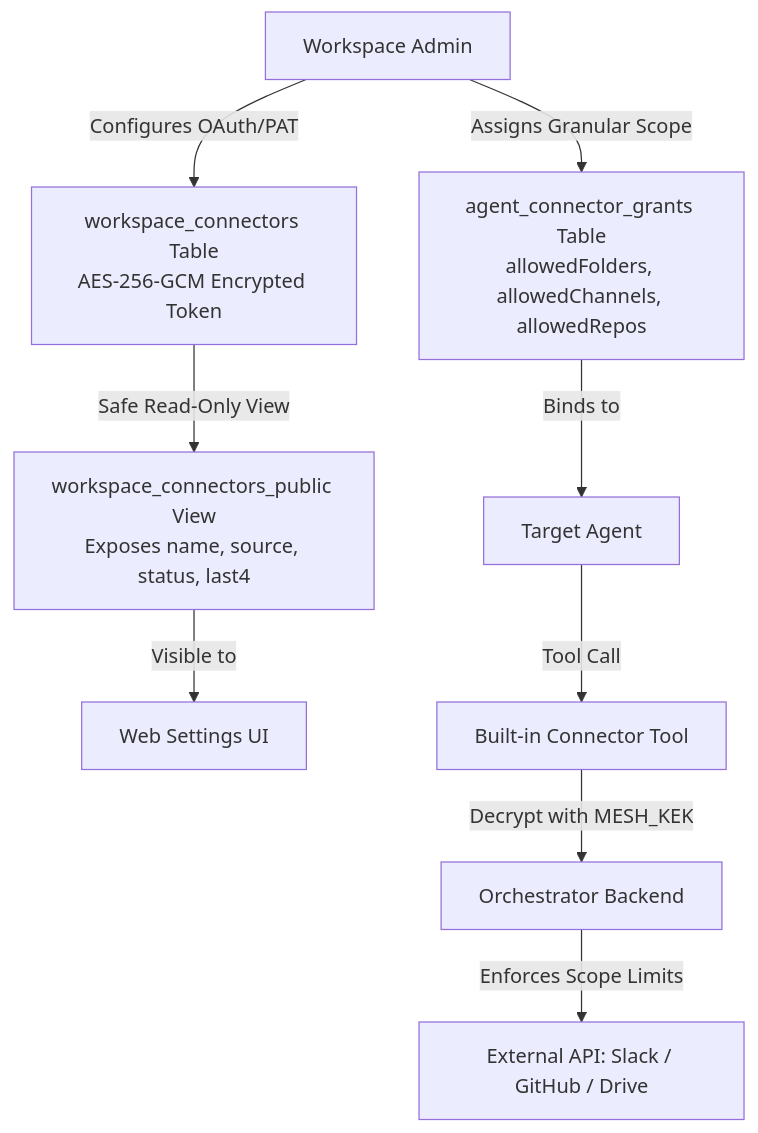
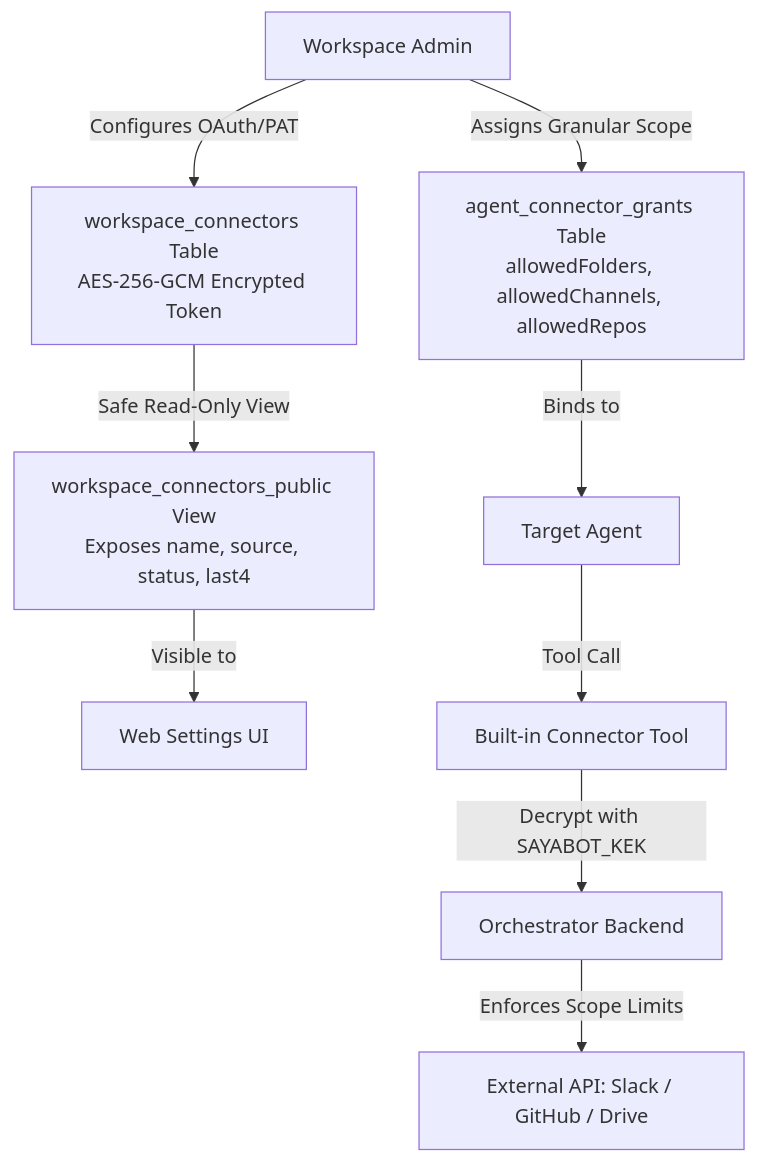
Before and after one commit to anurag3407/sayabot: the first of 2 diagrams in docs/self-hosting.md, drawn with Mermaid. The commit also changed other lines of this file and 4 other files, not shown here.

````diff
--- a/docs/self-hosting.md
+++ b/docs/self-hosting.md
@@ -618,11 +629,11 @@
 ```mermaid
 flowchart TD
     Admin[Workspace Admin] -->|Configures OAuth/PAT| WC[workspace_connectors Table<br/>AES-256-GCM Encrypted Token]
     WC -->|Safe Read-Only View| WCP[workspace_connectors_public View<br/>Exposes name, source, status, last4]
     WCP -->|Visible to| UI[Web Settings UI]
     Admin -->|Assigns Granular Scope| ACG[agent_connector_grants Table<br/>allowedFolders, allowedChannels, allowedRepos]
     ACG -->|Binds to| Agent[Target Agent]
     Agent -->|Tool Call| Tool[Built-in Connector Tool]
-    Tool -->|Decrypt with MESH_KEK| Orch[Orchestrator Backend]
+    Tool -->|Decrypt with SAYABOT_KEK| Orch[Orchestrator Backend]
     Orch -->|Enforces Scope Limits| ExtAPI[External API: Slack / GitHub / Drive]
 ```
````
